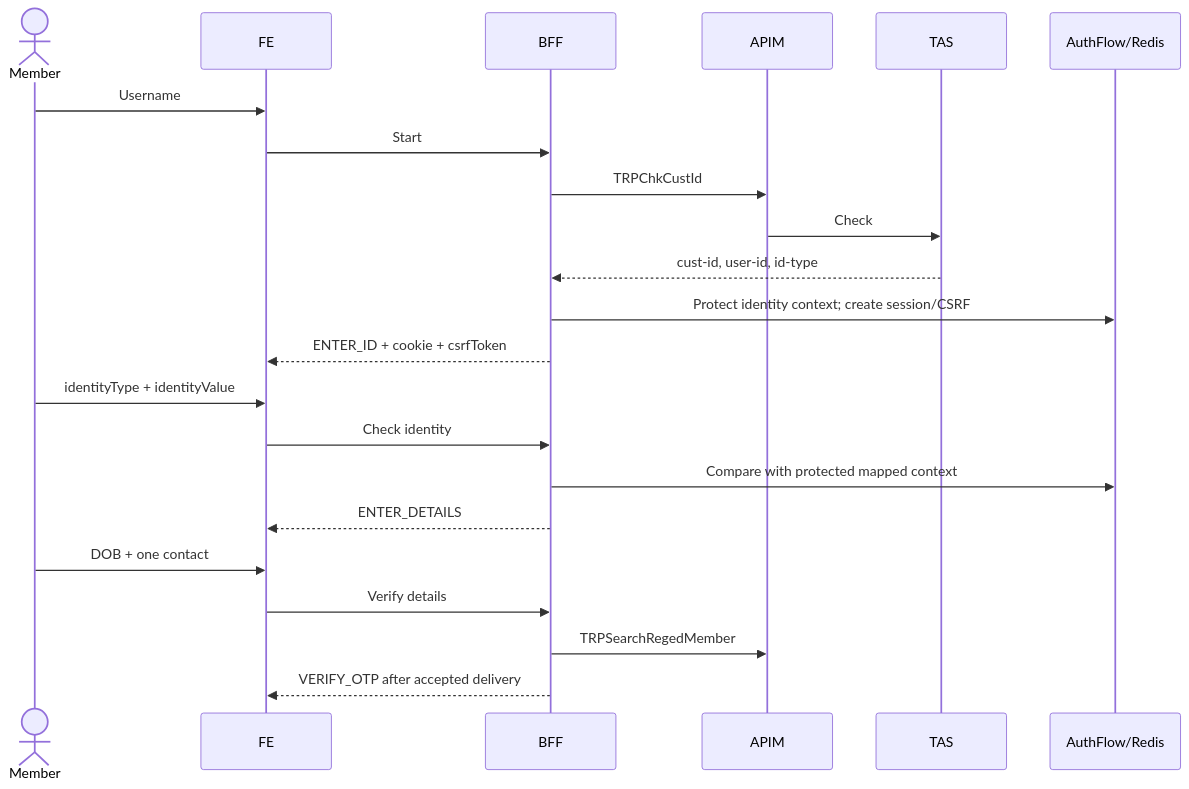
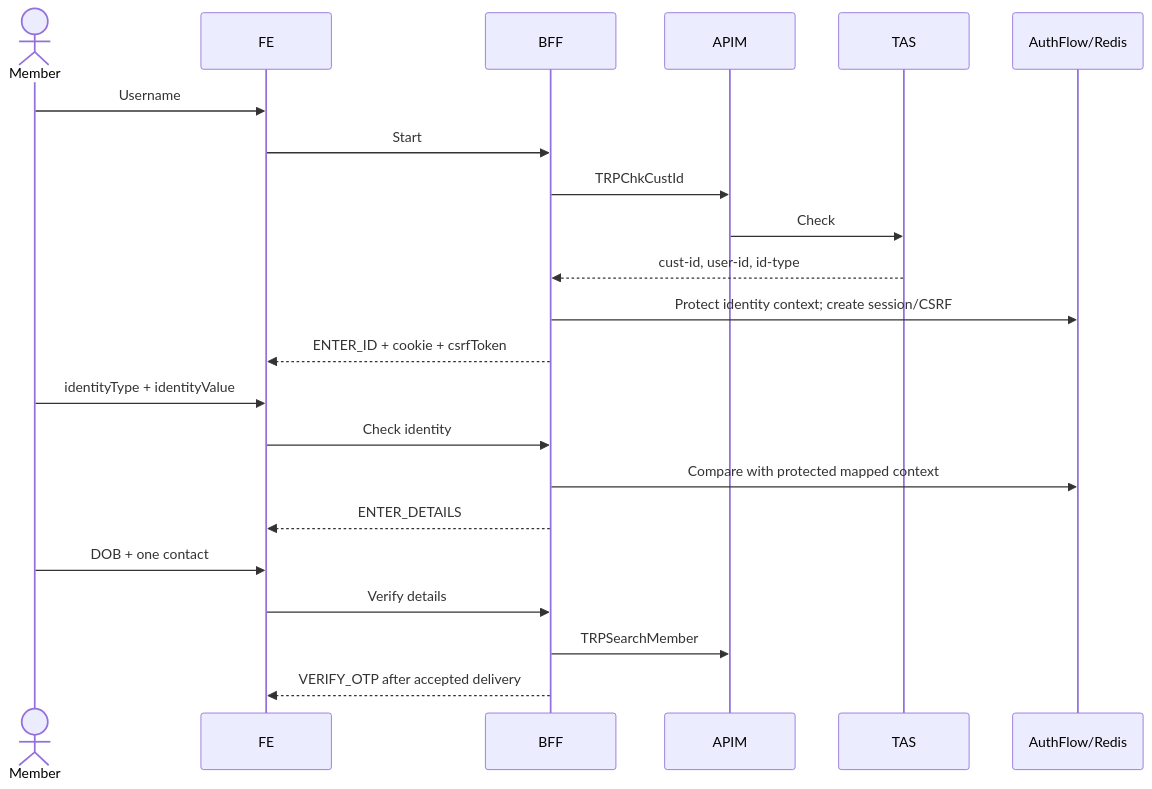
Before and after one commit to kcw30165/tpa-api-service: the first of 2 diagrams in docs/design/5-forgot-password/forgot-password-sequence-diagrams.md, drawn with Mermaid. The commit also changed 11 other files, not shown here.

Commit message:
test(forgot-password): replace obsolete TRPSearchRegedMember contract coverage

````diff
--- a/docs/design/5-forgot-password/forgot-password-sequence-diagrams.md
+++ b/docs/design/5-forgot-password/forgot-password-sequence-diagrams.md
@@ -7,24 +7,24 @@
 ```mermaid
 sequenceDiagram
   actor M as Member
   participant FE
   participant BFF
   participant APIM
   participant TAS
   participant S as AuthFlow/Redis
   M->>FE: Username
   FE->>BFF: Start
   BFF->>APIM: TRPChkCustId
   APIM->>TAS: Check
   TAS-->>BFF: cust-id, user-id, id-type
   BFF->>S: Protect identity context#59; create session/CSRF
   BFF-->>FE: ENTER_ID + cookie + csrfToken
   M->>FE: identityType + identityValue
   FE->>BFF: Check identity
   BFF->>S: Compare with protected mapped context
   BFF-->>FE: ENTER_DETAILS
   M->>FE: DOB + one contact
   FE->>BFF: Verify details
-  BFF->>APIM: TRPSearchRegedMember
+  BFF->>APIM: TRPSearchMember
   BFF-->>FE: VERIFY_OTP after accepted delivery
 ```
````
